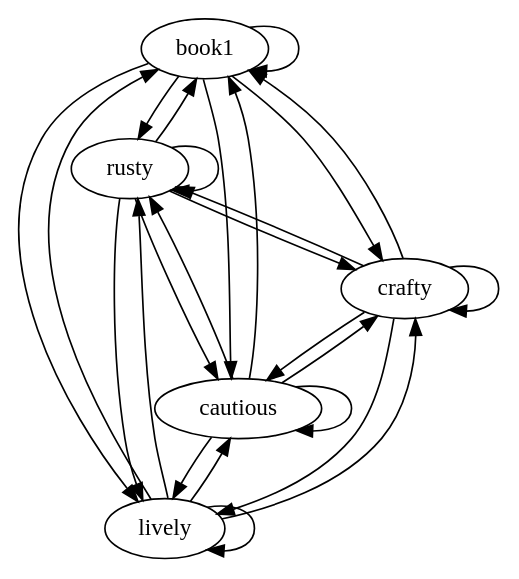
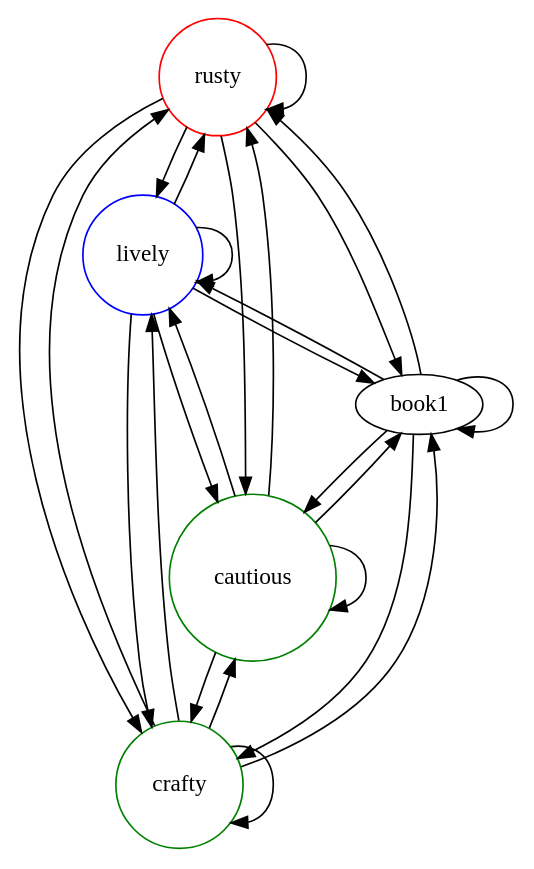
One commit to mskmoorthy/PancaTantra-Graph changed the diagram in src/logos/panchalogo.gv. Above: the diagram before and after it, drawn with Graphviz.

Commit message:
color nodes

```diff
--- a/src/logos/panchalogo.gv
+++ b/src/logos/panchalogo.gv
@@ -1,3 +1,7 @@
 digraph P  {
-     {book1, rusty, lively, cautious, crafty}->{book1, rusty, lively, cautious, crafty}
+        rusty [shape=circle, color=red]
+        lively [color=blue, shape=circle]
+        crafty [shape=circle, color=green]
+        cautious [color=green, shape=circle]
+        {book1, rusty, lively, cautious, crafty}->{book1, rusty, lively, cautious, crafty}
 }
```
